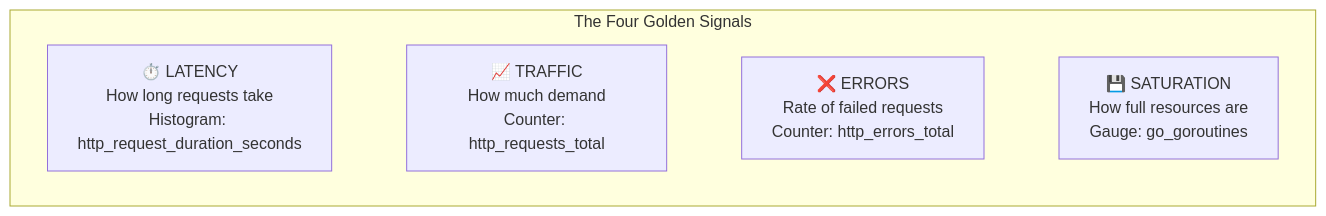
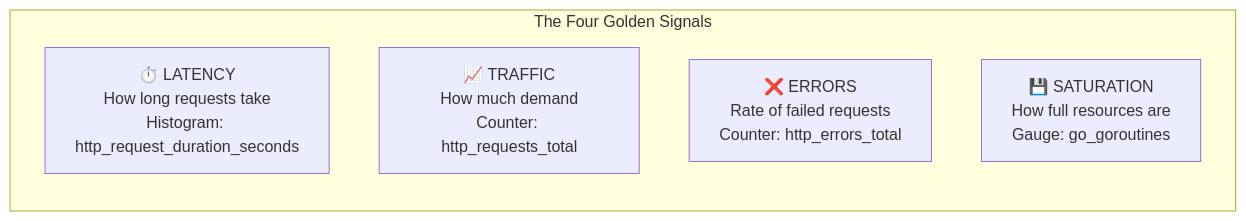
One commit to romangurevitch/GoTraining changed the fifth of 9 diagrams in internal/fundamentals/security-and-observability/04-distributed-tracing.md. Above: the diagram before and after it, drawn with Mermaid. The commit also changed other lines of this file and 20 other files, not shown here.

````diff
--- a/internal/fundamentals/security-and-observability/04-distributed-tracing.md
+++ b/internal/fundamentals/security-and-observability/04-distributed-tracing.md
@@ -111,13 +105,10 @@
 ```mermaid
-graph TB
+graph TD
     subgraph Golden["The Four Golden Signals"]
+        direction TB
         LATENCY["⏱️ LATENCY<br/>How long requests take<br/>Histogram: http_request_duration_seconds"]
         TRAFFIC["📈 TRAFFIC<br/>How much demand<br/>Counter: http_requests_total"]
         ERRORS["❌ ERRORS<br/>Rate of failed requests<br/>Counter: http_errors_total"]
         SATURATION["💾 SATURATION<br/>How full resources are<br/>Gauge: go_goroutines"]
     end
-
-    LATENCY ~~~ TRAFFIC
-    TRAFFIC ~~~ ERRORS
-    ERRORS ~~~ SATURATION
 ```
````
